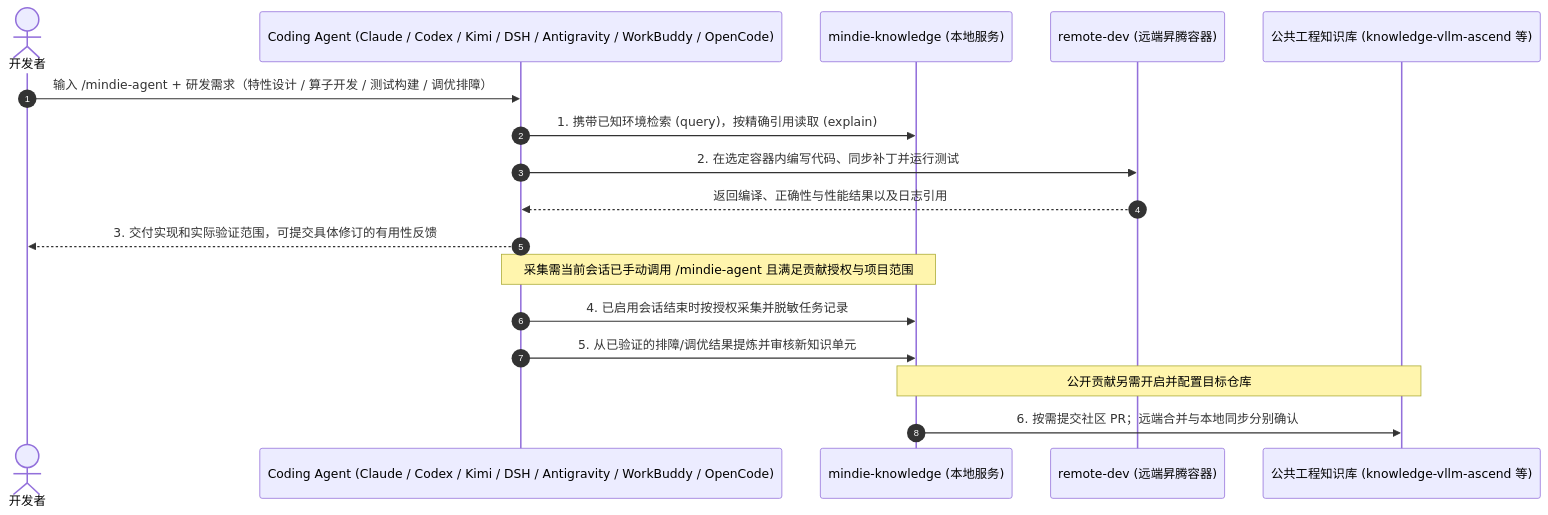
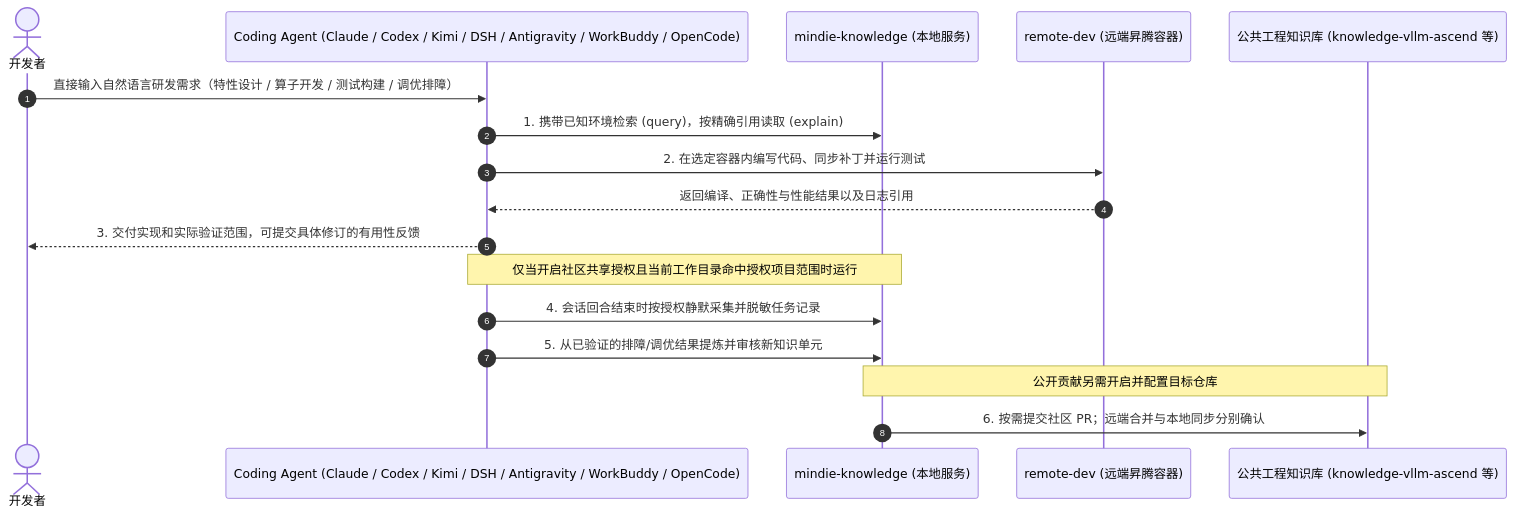
The second of 2 diagrams in README.md (mindie-agent/mindie-agent), drawn with Mermaid before and after one commit. The commit also changed other lines of this file and 28 other files, not shown here.

````diff
--- a/README.md
+++ b/README.md
@@ -212,20 +212,20 @@
 ```mermaid
 sequenceDiagram
   autonumber
   actor Dev as 开发者
   participant Agent as Coding Agent (Claude / Codex / Kimi / DSH / Antigravity / WorkBuddy / OpenCode)
   participant Know as mindie-knowledge (本地服务)
   participant NPU as remote-dev (远端昇腾容器)
   participant Repo as 公共工程知识库 (knowledge-vllm-ascend 等)
 
-  Dev->>Agent: 输入 /mindie-agent + 研发需求（特性设计 / 算子开发 / 测试构建 / 调优排障）
+  Dev->>Agent: 直接输入自然语言研发需求（特性设计 / 算子开发 / 测试构建 / 调优排障）
   Agent->>Know: 1. 携带已知环境检索 (query)，按精确引用读取 (explain)
   Agent->>NPU: 2. 在选定容器内编写代码、同步补丁并运行测试
   NPU-->>Agent: 返回编译、正确性与性能结果以及日志引用
   Agent-->>Dev: 3. 交付实现和实际验证范围，可提交具体修订的有用性反馈
-  Note over Agent,Know: 采集需当前会话已手动调用 /mindie-agent 且满足贡献授权与项目范围
-  Agent->>Know: 4. 已启用会话结束时按授权采集并脱敏任务记录
+  Note over Agent,Know: 仅当开启社区共享授权且当前工作目录命中授权项目范围时运行
+  Agent->>Know: 4. 会话回合结束时按授权静默采集并脱敏任务记录
   Agent->>Know: 5. 从已验证的排障/调优结果提炼并审核新知识单元
   Note over Know,Repo: 公开贡献另需开启并配置目标仓库
   Know->>Repo: 6. 按需提交社区 PR；远端合并与本地同步分别确认
 ```
````
